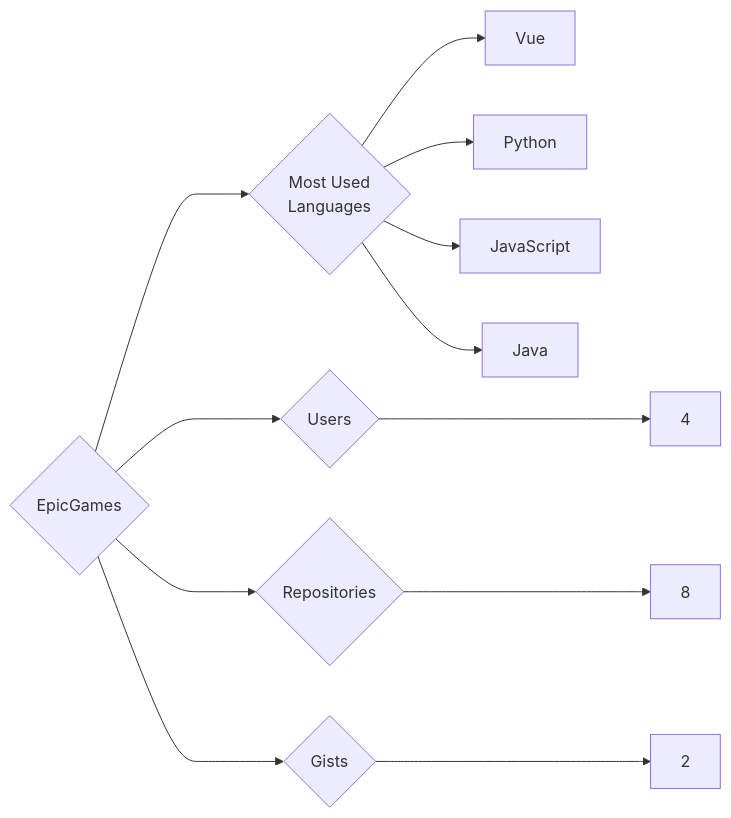
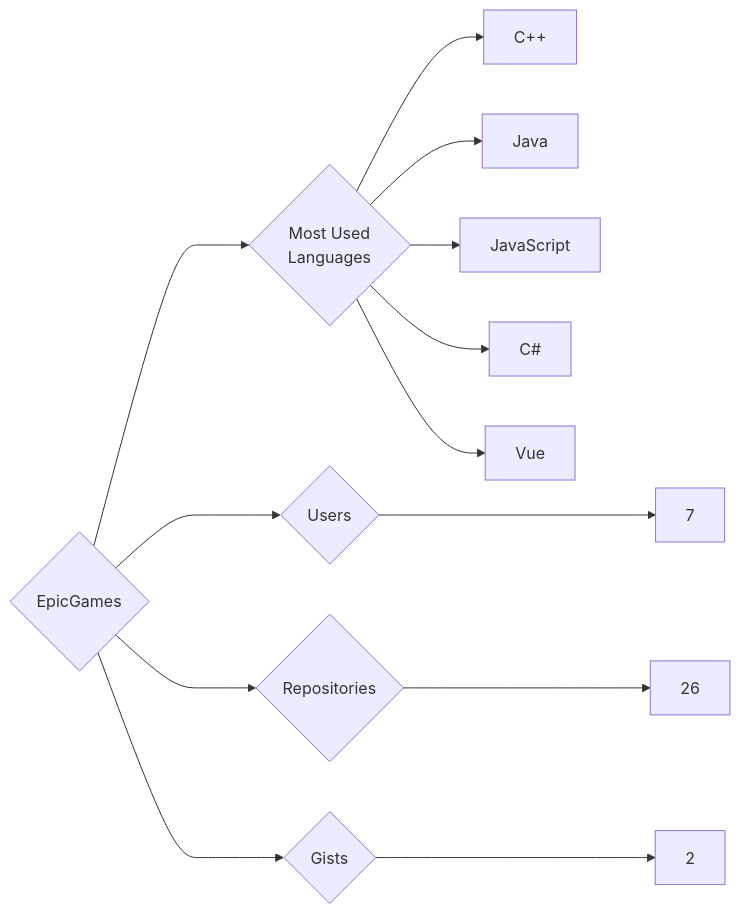
The diagram in targets/EpicGames/README.md (trickest/insiders), drawn with Mermaid before and after one commit. The commit also changed 1007 other files, not shown here.

````diff
--- a/targets/EpicGames/README.md
+++ b/targets/EpicGames/README.md
@@ -3,12 +3,13 @@
 ```mermaid
 graph LR
 COMPANY_NAME{EpicGames}
-COMPANY_NAME ---> U{Users} ---> UN[4]
-COMPANY_NAME ---> R{Repositories} ---> RN[8]
+COMPANY_NAME ---> U{Users} ---> UN[7]
+COMPANY_NAME ---> R{Repositories} ---> RN[26]
 COMPANY_NAME ---> G{Gists} ---> GN[2]
 COMPANY_NAME ---> ML{Most Used<br>Languages}
+ML --> C++[C++]
+ML --> Java[Java]
+ML --> JavaScript[JavaScript]
+ML --> C#[C#]
 ML --> Vue[Vue]
-ML --> Python[Python]
-ML --> JavaScript[JavaScript]
-ML --> Java[Java]
 ```
````
